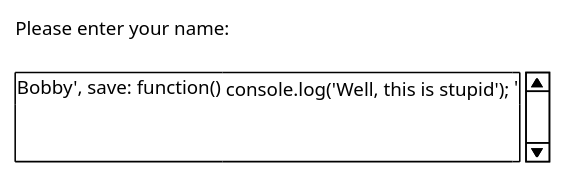
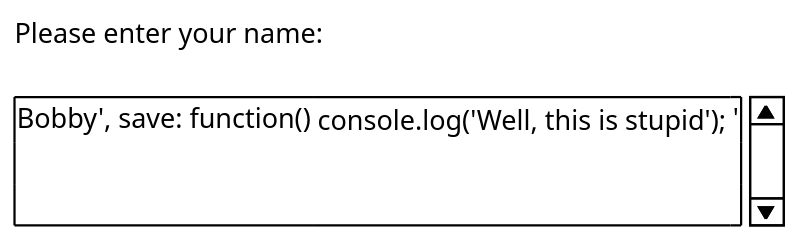
One commit to bth-dipt-teaching/PA1489-Basic-SE changed the diagram in Lectures/19-Introduction-JavaScript/AA-Introduction-JavaScript.org. Above: the diagram before and after it, drawn with PlantUML. The commit also changed other lines of this file and 6 other files, not shown here.

```diff
--- a/Lectures/19-Introduction-JavaScript/AA-Introduction-JavaScript.org
+++ b/Lectures/19-Introduction-JavaScript/AA-Introduction-JavaScript.org
@@ -73,15 +73,16 @@
 #+begin_src plantuml :file hack-dialog.png
 @startsalt
-!theme bluegray
+scale 1.5
+' !theme bluegray
 
 {
 Please enter your name:
 .
 {SI
  Bobby', save: function() { console.log('Well, this is stupid'); }'
  .
  .
 }
 }
 @endsalt
 #+end_src
```
